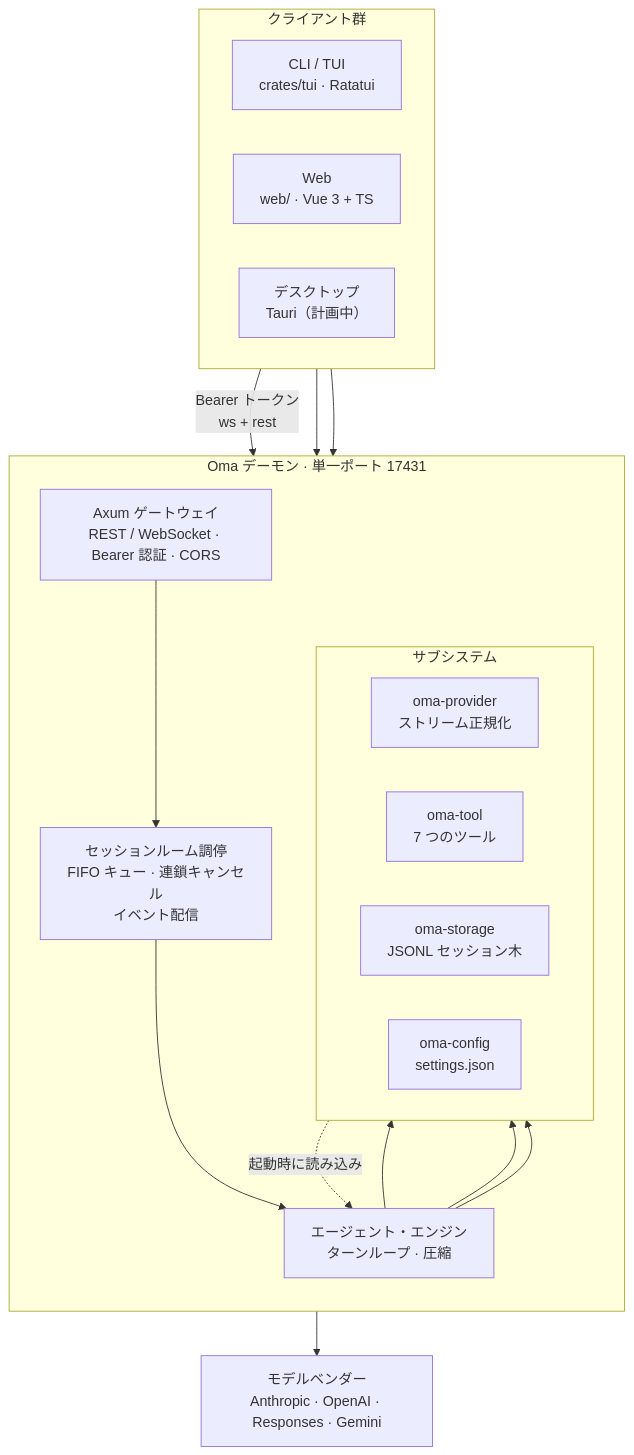
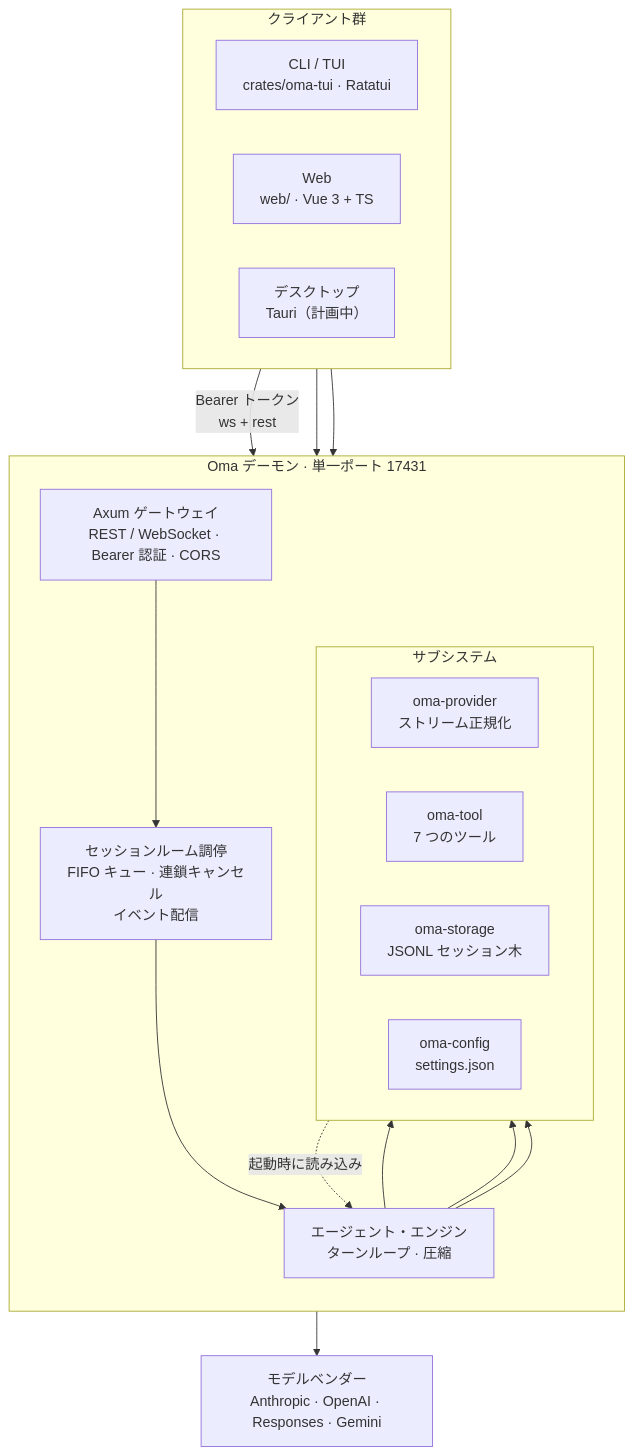
One commit to waittide/oma changed the diagram in README.ja.md. Above: the diagram before and after it, drawn with Mermaid. The commit also changed other lines of this file and 54 other files, not shown here.

````diff
--- a/README.ja.md
+++ b/README.ja.md
@@ -102,34 +102,34 @@
 ```mermaid
 flowchart TB
     subgraph Clients["クライアント群"]
         direction LR
-        TUI["CLI / TUI<br/>crates/tui · Ratatui"]
+        TUI["CLI / TUI<br/>crates/oma-tui · Ratatui"]
         WEB["Web<br/>web/ · Vue 3 + TS"]
         DESK["デスクトップ<br/>Tauri（計画中）"]
     end
 
     subgraph Daemon["Oma デーモン · 単一ポート 17431"]
         direction TB
         GW["Axum ゲートウェイ<br/>REST / WebSocket · Bearer 認証 · CORS"]
         ROOM["セッションルーム調停<br/>FIFO キュー · 連鎖キャンセル<br/>イベント配信"]
         ENGINE["エージェント・エンジン<br/>ターンループ · 圧縮"]
         subgraph Sub["サブシステム"]
             direction LR
             PROV["oma-provider<br/>ストリーム正規化"]
             TOOL["oma-tool<br/>7 つのツール"]
             STORE["oma-storage<br/>JSONL セッション木"]
             CONF["oma-config<br/>settings.json"]
         end
     end
 
     VENDORS["モデルベンダー<br/>Anthropic · OpenAI · Responses · Gemini"]
 
     TUI -->|"Bearer トークン<br/>ws + rest"| GW
     WEB --> GW
     DESK --> GW
     GW --> ROOM --> ENGINE
     ENGINE --> PROV --> VENDORS
     ENGINE --> TOOL
     ENGINE --> STORE
     CONF -.->|"起動時に読み込み"| ENGINE
 ```
````
